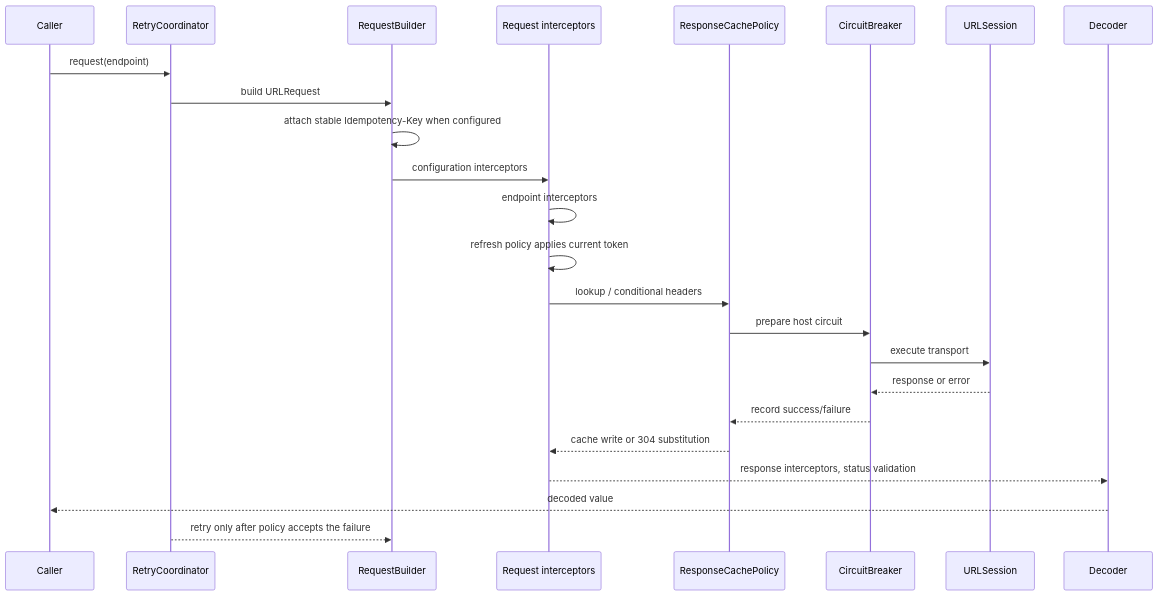
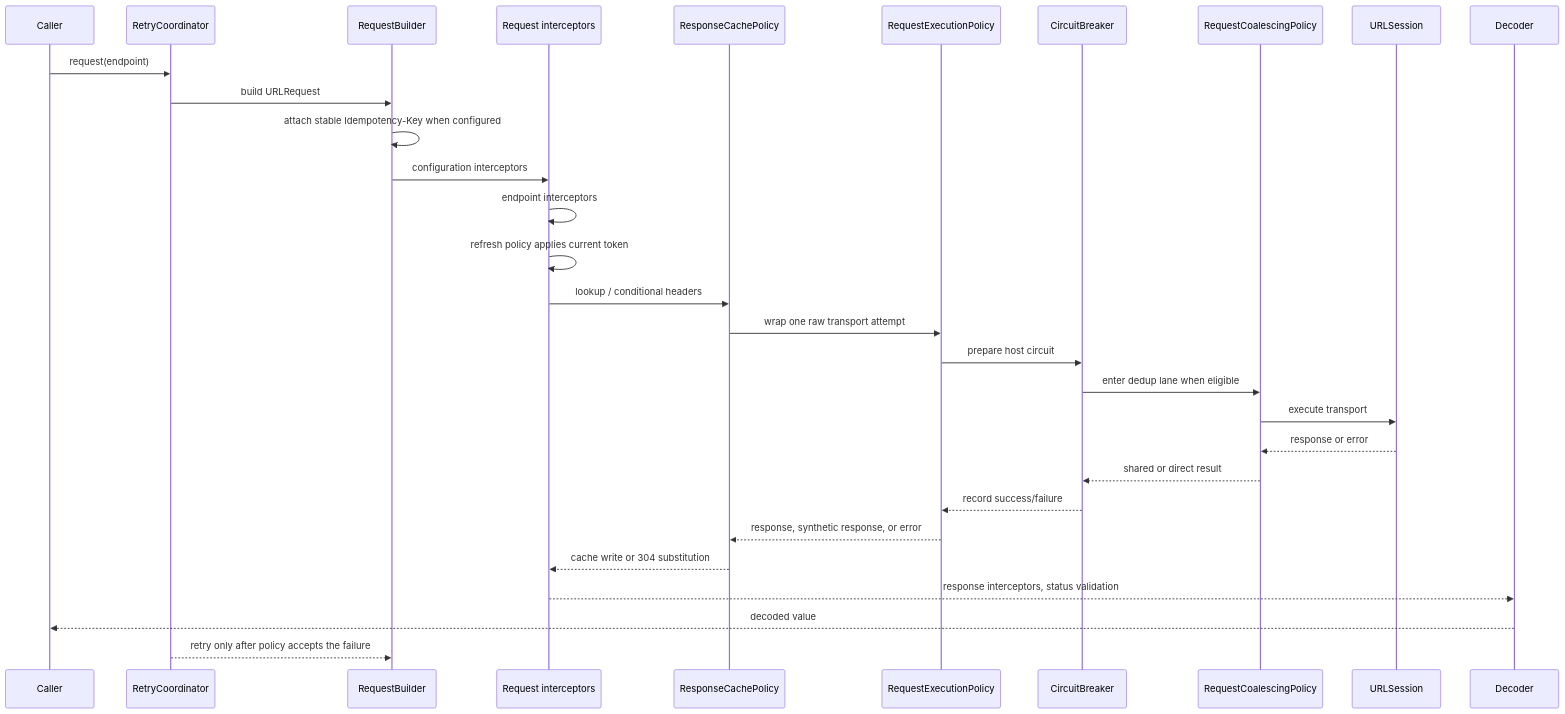
One commit to InnoSquadCorp/InnoNetwork changed the diagram in docs/PolicyInteractions.md. Above: the diagram before and after it, drawn with Mermaid. The commit also changed other lines of this file and 94 other files, not shown here.

````diff
--- a/docs/PolicyInteractions.md
+++ b/docs/PolicyInteractions.md
@@ -9,27 +9,33 @@
 ```mermaid
 sequenceDiagram
     participant Caller
     participant Retry as RetryCoordinator
     participant Build as RequestBuilder
     participant Adapt as Request interceptors
     participant Cache as ResponseCachePolicy
+    participant Custom as RequestExecutionPolicy
     participant CB as CircuitBreaker
+    participant Coal as RequestCoalescingPolicy
     participant Transport as URLSession
     participant Decode as Decoder
 
     Caller->>Retry: request(endpoint)
     Retry->>Build: build URLRequest
     Build->>Build: attach stable Idempotency-Key when configured
     Build->>Adapt: configuration interceptors
     Adapt->>Adapt: endpoint interceptors
     Adapt->>Adapt: refresh policy applies current token
     Adapt->>Cache: lookup / conditional headers
-    Cache->>CB: prepare host circuit
-    CB->>Transport: execute transport
-    Transport-->>CB: response or error
-    CB-->>Cache: record success/failure
+    Cache->>Custom: wrap one raw transport attempt
+    Custom->>CB: prepare host circuit
+    CB->>Coal: enter dedup lane when eligible
+    Coal->>Transport: execute transport
+    Transport-->>Coal: response or error
+    Coal-->>CB: shared or direct result
+    CB-->>Custom: record success/failure
+    Custom-->>Cache: response, synthetic response, or error
     Cache-->>Adapt: cache write or 304 substitution
     Adapt-->>Decode: response interceptors, status validation
     Decode-->>Caller: decoded value
     Retry-->>Build: retry only after policy accepts the failure
 ```
````
